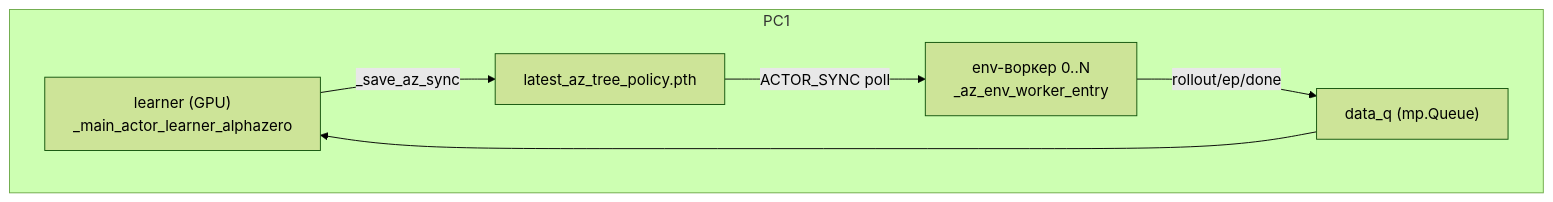
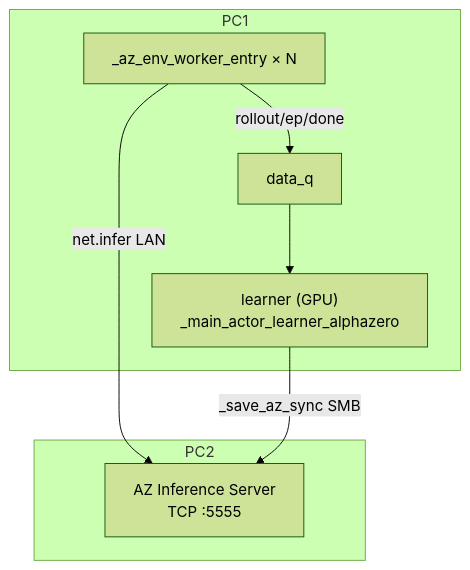
Before and after one commit to Dauntess-Alexandro/40kAI: the first of 2 diagrams in plans/az-distributed-selfplay.md, drawn with Mermaid (forest theme). The commit also changed other lines of this file and 11 other files, not shown here.

First line of the commit message:
feat(az): implement distributed self-play architecture for AlphaZero

````diff
--- a/plans/az-distributed-selfplay.md
+++ b/plans/az-distributed-selfplay.md
@@ -44,12 +51,14 @@
 ```mermaid
 flowchart TB
     subgraph PC1["PC1"]
         L["learner (GPU)\n_main_actor_learner_alphazero"]
-        DQ["data_q (mp.Queue)"]
-        W0["env-воркер 0..N\n_az_env_worker_entry"]
-        F["latest_az_tree_policy.pth"]
-        W0 -->|rollout/ep/done| DQ --> L
-        L -->|_save_az_sync| F
-        F -->|ACTOR_SYNC poll| W0
+        DQ["data_q"]
+        W["_az_env_worker_entry × N"]
+        W -->|rollout/ep/done| DQ --> L
     end
+    subgraph PC2["PC2"]
+        IS["AZ Inference Server\nTCP :5555"]
+    end
+    W -->|net.infer LAN| IS
+    L -->|_save_az_sync SMB| IS
 ```
````
